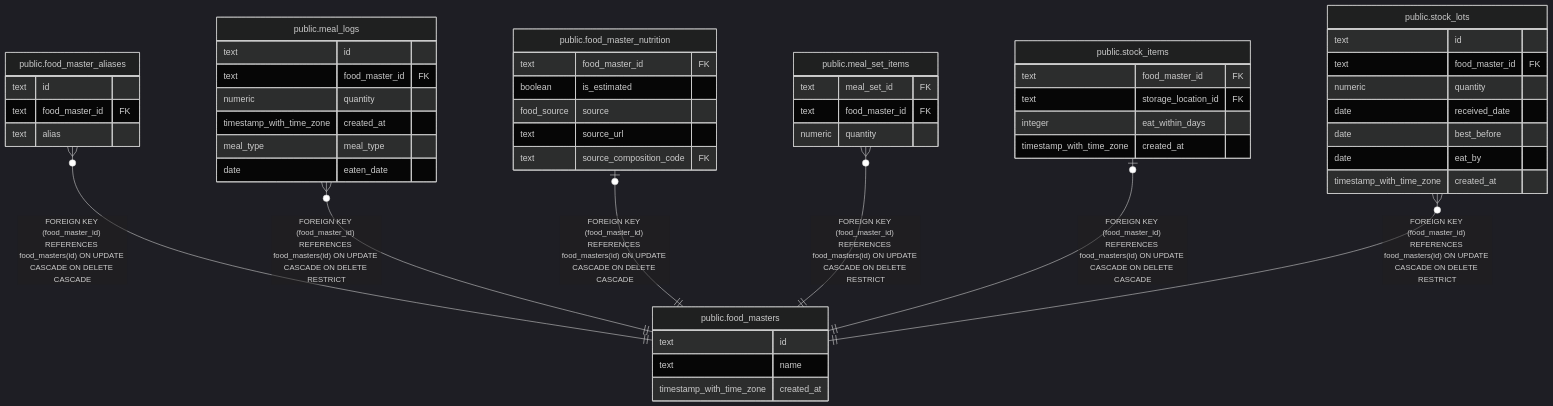
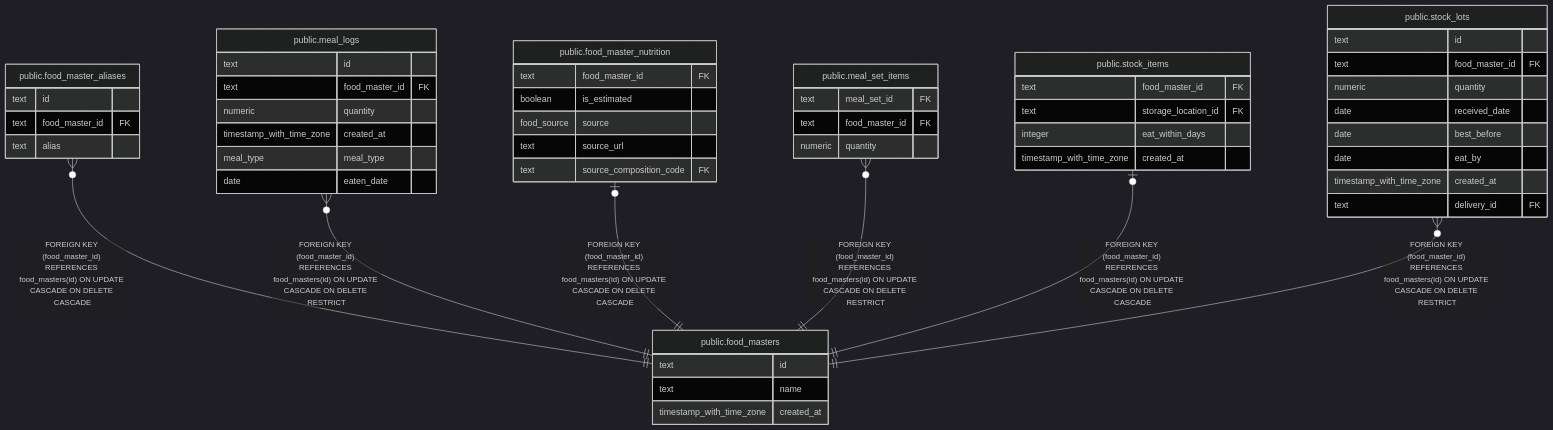
The diagram in docs/db/public.food_masters.md (fohte/meshi), drawn with Mermaid (dark theme) before and after one commit. The commit also changed 32 other files, not shown here.

````diff
--- a/docs/db/public.food_masters.md
+++ b/docs/db/public.food_masters.md
@@ -34,56 +34,57 @@
 ```mermaid
 erDiagram
 
 "public.food_master_aliases" }o--|| "public.food_masters" : "FOREIGN KEY (food_master_id) REFERENCES food_masters(id) ON UPDATE CASCADE ON DELETE CASCADE"
 "public.meal_logs" }o--|| "public.food_masters" : "FOREIGN KEY (food_master_id) REFERENCES food_masters(id) ON UPDATE CASCADE ON DELETE RESTRICT"
 "public.food_master_nutrition" |o--|| "public.food_masters" : "FOREIGN KEY (food_master_id) REFERENCES food_masters(id) ON UPDATE CASCADE ON DELETE CASCADE"
 "public.meal_set_items" }o--|| "public.food_masters" : "FOREIGN KEY (food_master_id) REFERENCES food_masters(id) ON UPDATE CASCADE ON DELETE RESTRICT"
 "public.stock_items" |o--|| "public.food_masters" : "FOREIGN KEY (food_master_id) REFERENCES food_masters(id) ON UPDATE CASCADE ON DELETE CASCADE"
 "public.stock_lots" }o--|| "public.food_masters" : "FOREIGN KEY (food_master_id) REFERENCES food_masters(id) ON UPDATE CASCADE ON DELETE RESTRICT"
 
 "public.food_masters" {
   text id
   text name
   timestamp_with_time_zone created_at
 }
 "public.food_master_aliases" {
   text id
   text food_master_id FK
   text alias
 }
 "public.meal_logs" {
   text id
   text food_master_id FK
   numeric quantity
   timestamp_with_time_zone created_at
   meal_type meal_type
   date eaten_date
 }
 "public.food_master_nutrition" {
   text food_master_id FK
   boolean is_estimated
   food_source source
   text source_url
   text source_composition_code FK
 }
 "public.meal_set_items" {
   text meal_set_id FK
   text food_master_id FK
   numeric quantity
 }
 "public.stock_items" {
   text food_master_id FK
   text storage_location_id FK
   integer eat_within_days
   timestamp_with_time_zone created_at
 }
 "public.stock_lots" {
   text id
   text food_master_id FK
   numeric quantity
   date received_date
   date best_before
   date eat_by
   timestamp_with_time_zone created_at
+  text delivery_id FK
 }
 ```
````
